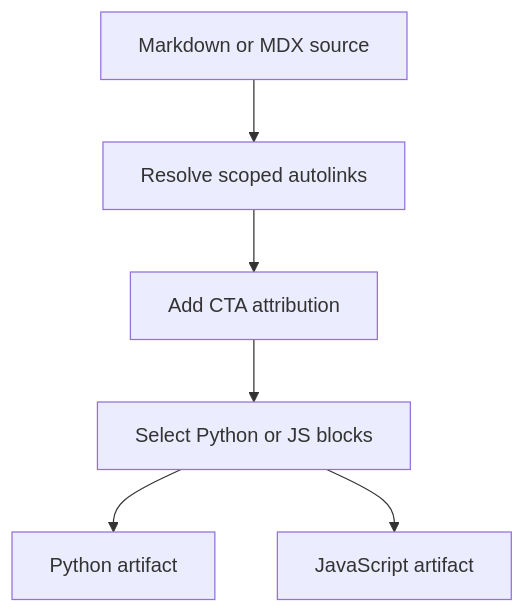
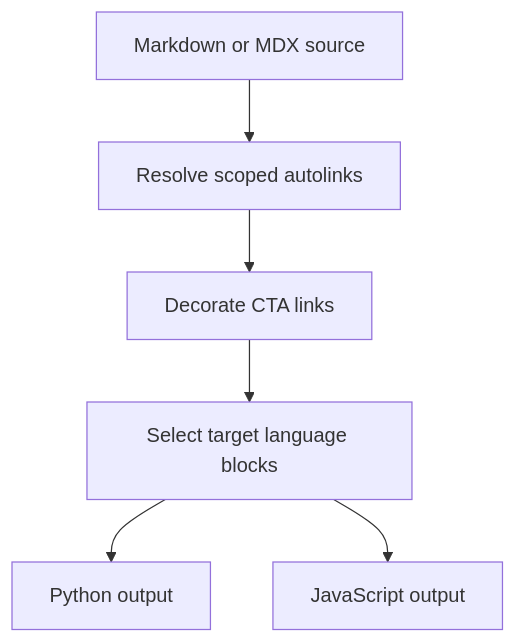
One commit to langchain-ai/docs changed the diagram in openwiki/testing/conditional-rendering.md. Above: the diagram before and after it, drawn with Mermaid. The commit also changed other lines of this file and 50 other files, not shown here.

````diff
--- a/openwiki/testing/conditional-rendering.md
+++ b/openwiki/testing/conditional-rendering.md
@@ -53,8 +53,8 @@
 ```mermaid
 flowchart TD
     Source["Markdown or MDX source"] --> Links["Resolve scoped autolinks"]
-    Links --> Cta["Add CTA attribution"]
-    Cta --> Render["Select Python or JS blocks"]
-    Render --> Py["Python artifact"]
-    Render --> Js["JavaScript artifact"]
+    Links --> Cta["Decorate CTA links"]
+    Cta --> Render["Select target language blocks"]
+    Render --> Python["Python output"]
+    Render --> JavaScript["JavaScript output"]
 ```
````
